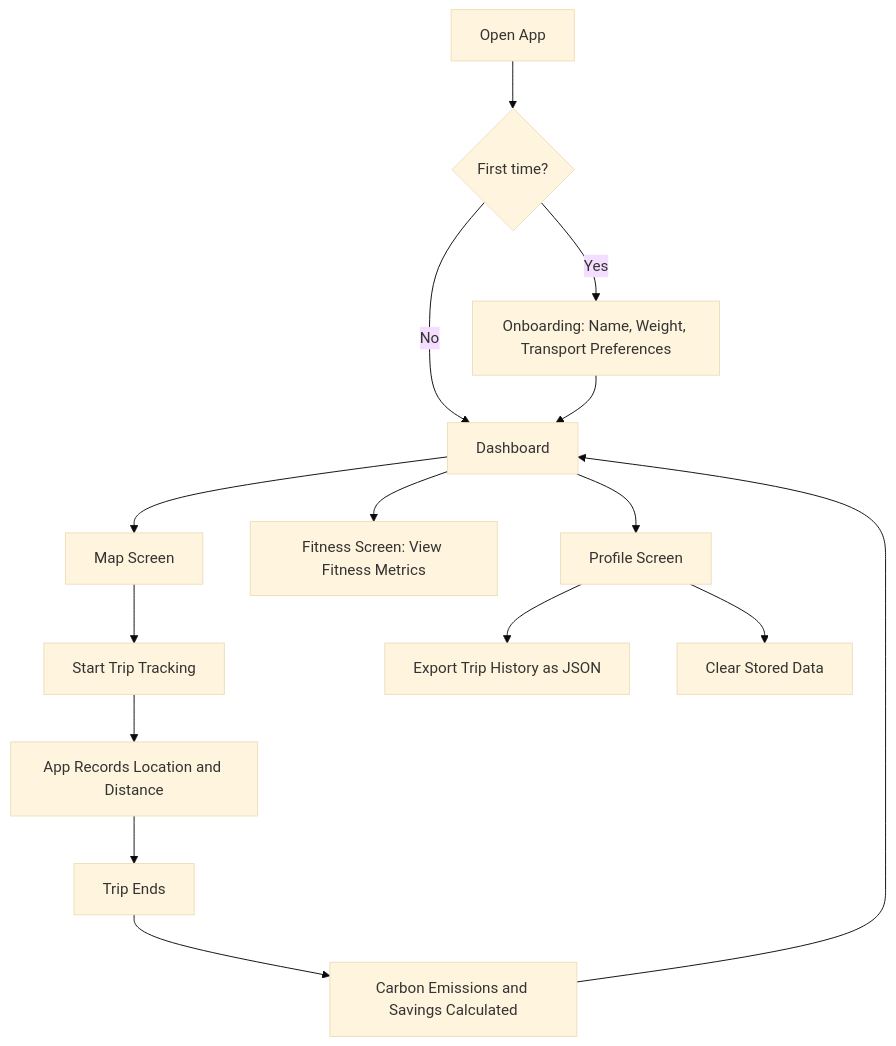
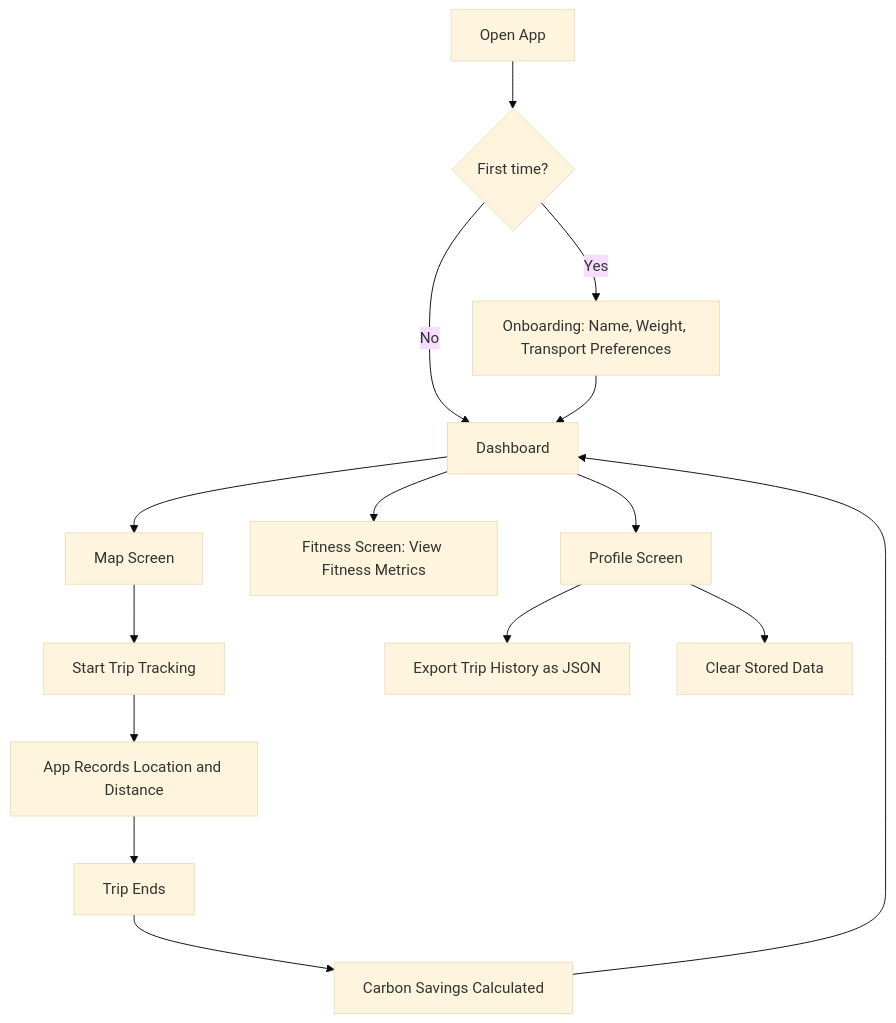
Before and after one commit to AOSSIE-Org/CarbonTracker: the second of 2 diagrams in README.md, drawn with Mermaid (base theme). The commit also changed other lines of this file and 14 other files, not shown here.

````diff
--- a/README.md
+++ b/README.md
@@ -110,20 +113,20 @@
 ```mermaid
 flowchart TD
     A[Open App] --> B{First time?}
     B -->|Yes| C[Onboarding: Name, Weight, Transport Preferences]
     B -->|No| D[Dashboard]
     C --> D
 
     D --> M[Map Screen]
     M --> E[Start Trip Tracking]
     E --> F[App Records Location and Distance]
     F --> G[Trip Ends]
-    G --> H[Carbon Emissions and Savings Calculated]
+    G --> H[Carbon Savings Calculated]
     H --> D
 
     D --> J[Fitness Screen: View Fitness Metrics]
 
     D --> P[Profile Screen]
     P --> K[Export Trip History as JSON]
     P --> L[Clear Stored Data]
 ```
````
